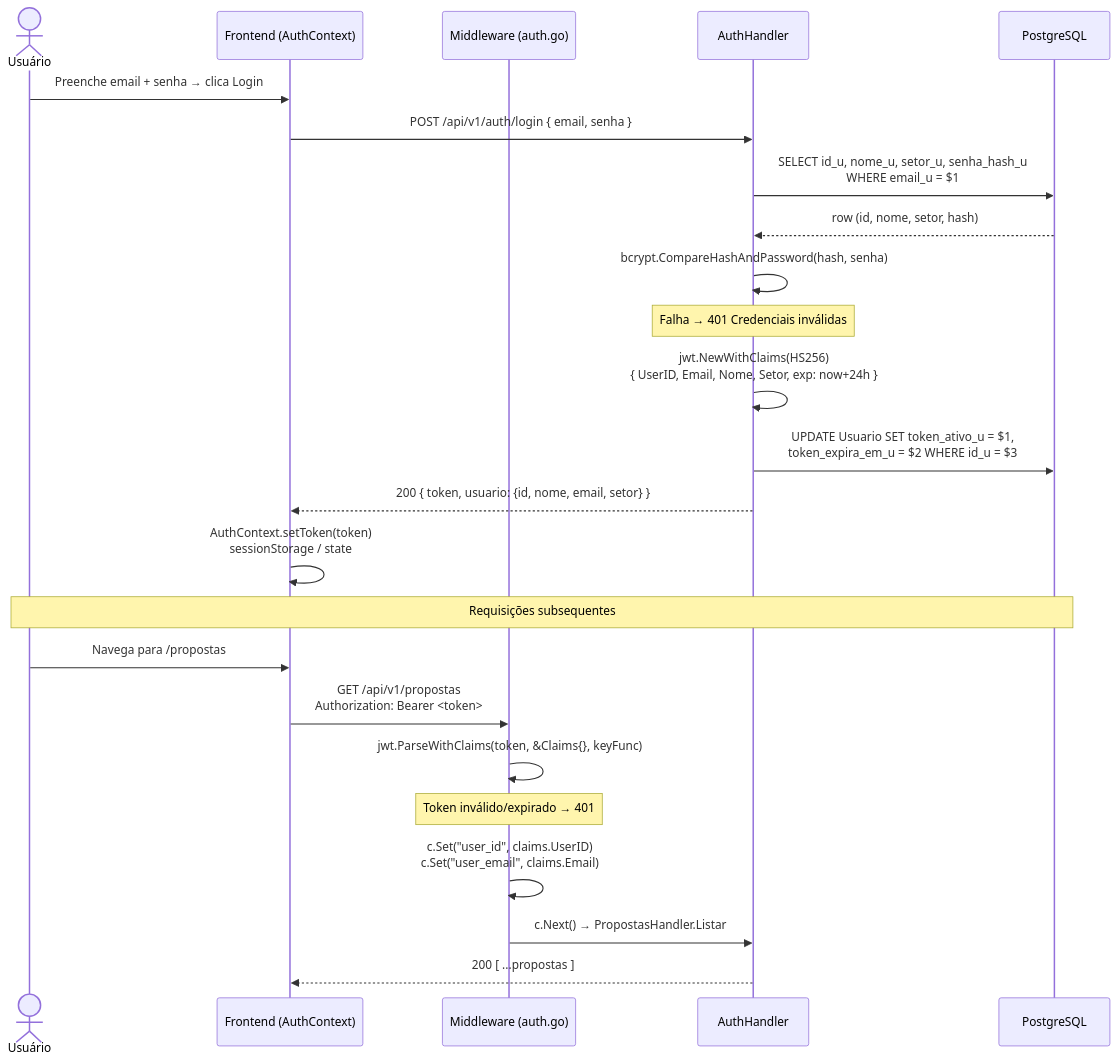
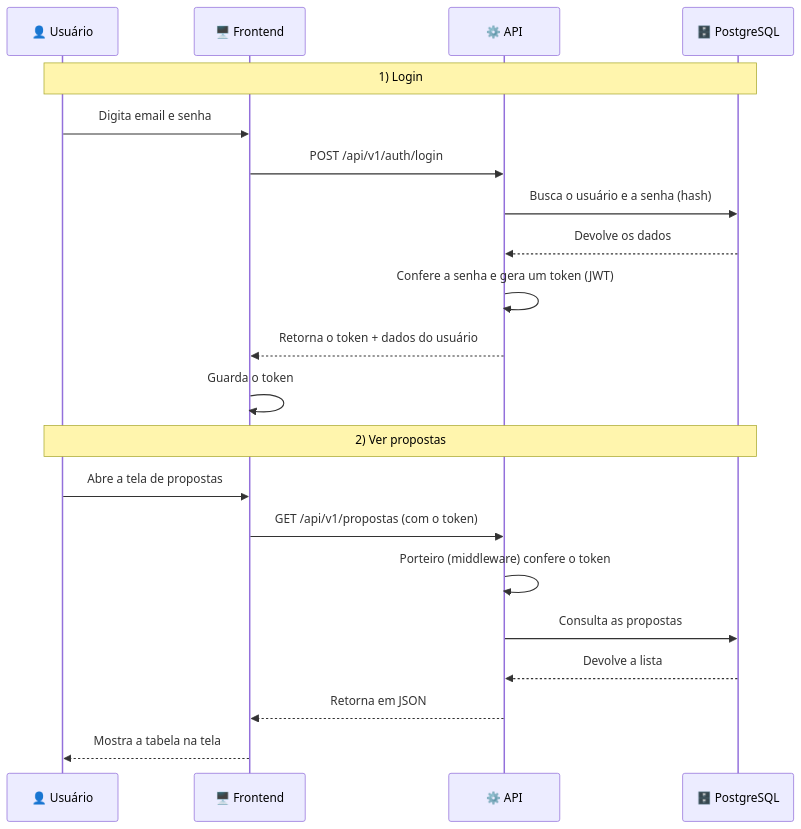
One commit to Grupo6-ProjetoIntegrador/Projeto-Flamboyant changed the seventh of 9 diagrams in README.md. Above: the diagram before and after it, drawn with Mermaid. The commit also changed other lines of this file, not shown here.

````diff
--- a/README.md
+++ b/README.md
@@ -466,29 +212,25 @@
 ```mermaid
 sequenceDiagram
-    actor U as Usuário
-    participant FE as Frontend (AuthContext)
-    participant MW as Middleware (auth.go)
-    participant H as AuthHandler
-    participant DB as PostgreSQL
+    participant U as 👤 Usuário
+    participant F as 🖥️ Frontend
+    participant A as ⚙️ API
+    participant DB as 🗄️ PostgreSQL
 
-    U->>FE: Preenche email + senha → clica Login
-    FE->>H: POST /api/v1/auth/login { email, senha }
-    H->>DB: SELECT id_u, nome_u, setor_u, senha_hash_u<br/>WHERE email_u = $1
-    DB-->>H: row (id, nome, setor, hash)
-    H->>H: bcrypt.CompareHashAndPassword(hash, senha)
-    Note over H: Falha → 401 Credenciais inválidas
-    H->>H: jwt.NewWithClaims(HS256)<br/>{ UserID, Email, Nome, Setor, exp: now+24h }
-    H->>DB: UPDATE Usuario SET token_ativo_u = $1,<br/>token_expira_em_u = $2 WHERE id_u = $3
-    H-->>FE: 200 { token, usuario: {id, nome, email, setor} }
-    FE->>FE: AuthContext.setToken(token)<br/>sessionStorage / state
+    Note over U,DB: 1) Login
+    U->>F: Digita email e senha
+    F->>A: POST /api/v1/auth/login
+    A->>DB: Busca o usuário e a senha (hash)
+    DB-->>A: Devolve os dados
+    A->>A: Confere a senha e gera um token (JWT)
+    A-->>F: Retorna o token + dados do usuário
+    F->>F: Guarda o token
 
-    Note over U,DB: Requisições subsequentes
-
-    U->>FE: Navega para /propostas
-    FE->>MW: GET /api/v1/propostas<br/>Authorization: Bearer <token>
-    MW->>MW: jwt.ParseWithClaims(token, &Claims{}, keyFunc)
-    Note over MW: Token inválido/expirado → 401
-    MW->>MW: c.Set("user_id", claims.UserID)<br/>c.Set("user_email", claims.Email)
-    MW->>H: c.Next() → PropostasHandler.Listar
-    H-->>FE: 200 [ ...propostas ]
+    Note over U,DB: 2) Ver propostas
+    U->>F: Abre a tela de propostas
+    F->>A: GET /api/v1/propostas (com o token)
+    A->>A: Porteiro (middleware) confere o token
+    A->>DB: Consulta as propostas
+    DB-->>A: Devolve a lista
+    A-->>F: Retorna em JSON
+    F-->>U: Mostra a tabela na tela
 ```
````
